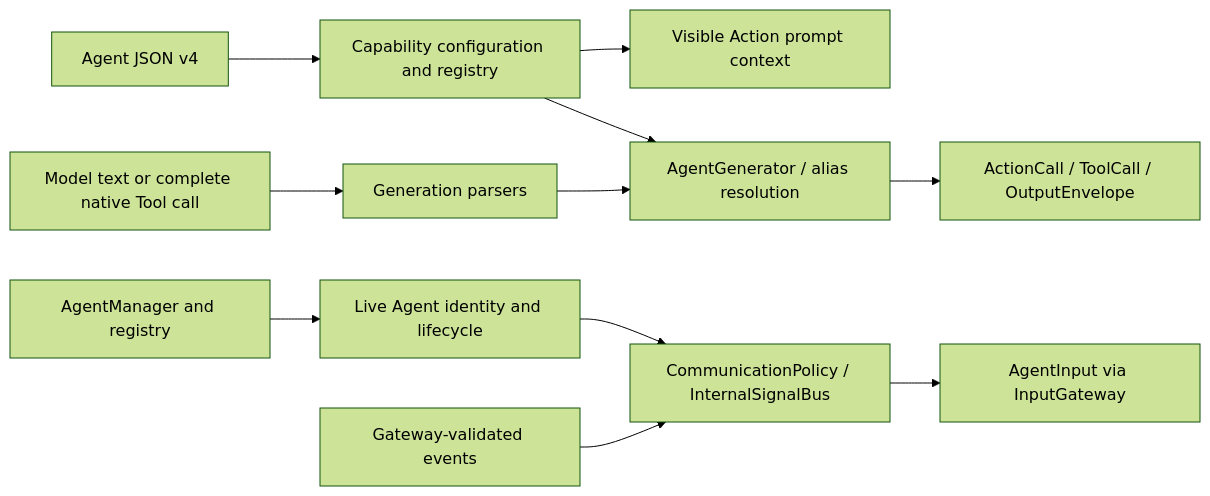
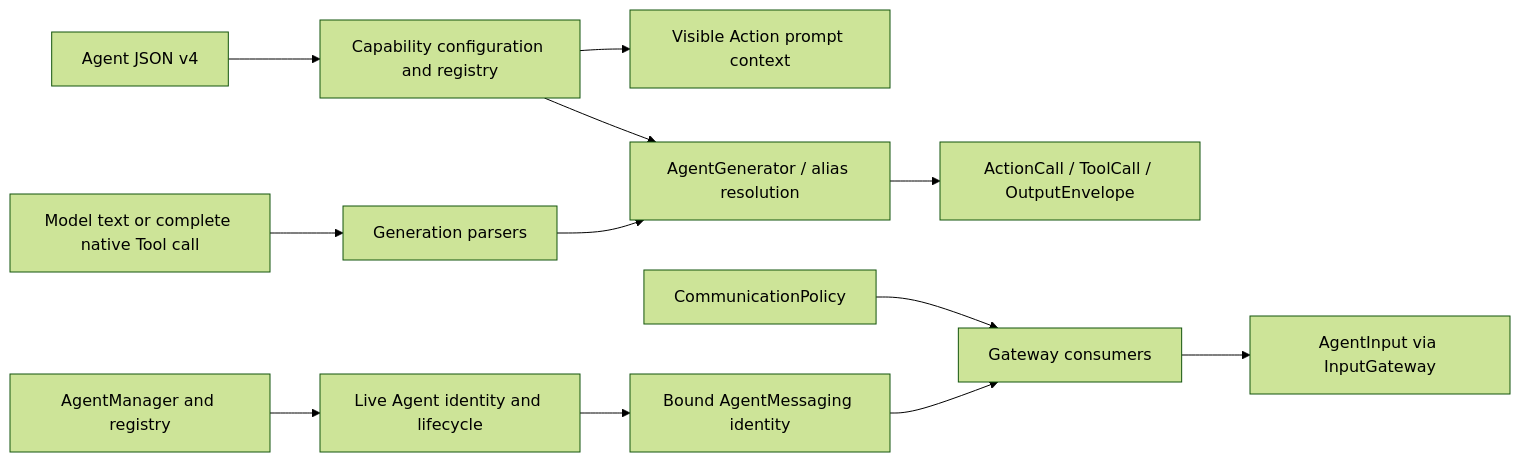
The second of 2 diagrams in MobileHarness/AgentCore/README.md (devilyouwei/MobileHarness), drawn with Mermaid (forest theme) before and after one commit. The commit also changed other lines of this file and 40 other files, not shown here.

Commit message:
refactor: replace signal bus with direct gateway admission

````diff
--- a/MobileHarness/AgentCore/README.md
+++ b/MobileHarness/AgentCore/README.md
@@ -38,13 +38,14 @@
 ```mermaid
 flowchart LR
     JSON[Agent JSON v4] --> Capability[Capability configuration and registry]
     Capability --> Context[Visible Action prompt context]
     Capability --> Resolve[AgentGenerator / alias resolution]
     Fragments[Model text or complete native Tool call] --> Parse[Generation parsers]
     Parse --> Resolve
     Resolve --> Output[ActionCall / ToolCall / OutputEnvelope]
     Runtime[AgentManager and registry] --> Identity[Live Agent identity and lifecycle]
-    Identity --> Bus[CommunicationPolicy / InternalSignalBus]
-    Events[Gateway-validated events] --> Bus
-    Bus --> Input[AgentInput via InputGateway]
+    Identity --> Messaging[Bound AgentMessaging identity]
+    Policy[CommunicationPolicy] --> Gateway[Gateway consumers]
+    Messaging --> Gateway
+    Gateway --> Input[AgentInput via InputGateway]
 ```
````
